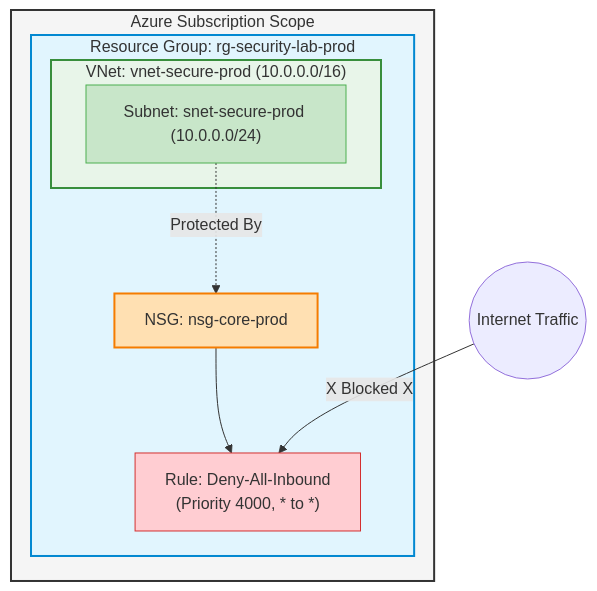
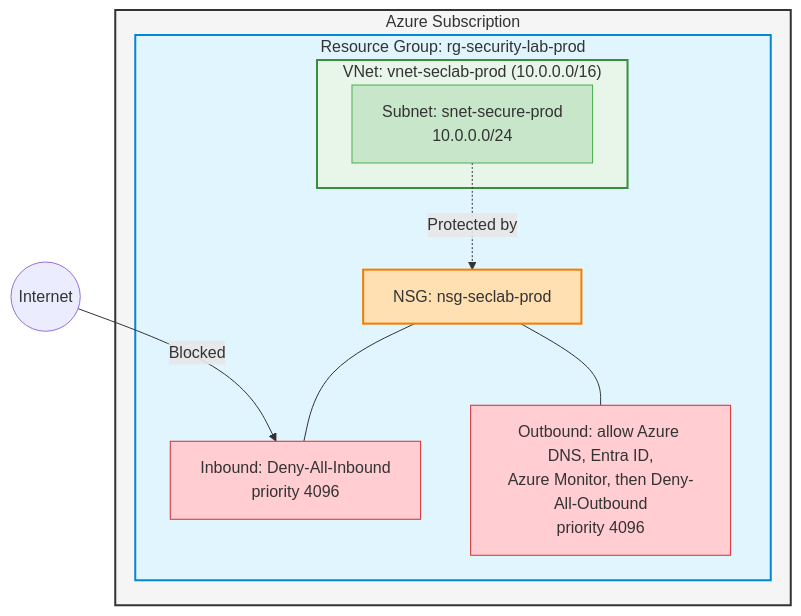
One commit to bcittex/bc-cyseclabs changed the first of 2 diagrams in README.md. Above: the diagram before and after it, drawn with Mermaid. The commit also changed other lines of this file and 6 other files, not shown here.

Commit message:
Refactor to modular RG-scope Bicep, add pipeline and diagrams

````diff
--- a/README.md
+++ b/README.md
@@ -8,36 +11,28 @@
 ```mermaid
-graph TD
-    %% Subscription Level
-    subgraph Subscription ["Azure Subscription Scope"]
-        RG["Resource Group: rg-security-lab-prod"]
-        
-        %% Resource Group Level
-        subgraph RG ["Resource Group: rg-security-lab-prod"]
-            
-            %% Network Security Group
-            NSG["NSG: nsg-core-prod"]
-            Rule1["Rule: Deny-All-Inbound <br> (Priority 4000, * to *)"]
-            NSG --> Rule1
-            
-            %% Virtual Network
-            subgraph VNet ["VNet: vnet-secure-prod (10.0.0.0/16)"]
-                Subnet["Subnet: snet-secure-prod (10.0.0.0/24)"]
+flowchart TD
+    Internet(("Internet"))
+
+    subgraph SUB["Azure Subscription"]
+        subgraph RG["Resource Group: rg-security-lab-prod"]
+            subgraph VNET["VNet: vnet-seclab-prod (10.0.0.0/16)"]
+                SNET["Subnet: snet-secure-prod<br/>10.0.0.0/24"]
             end
-            
-            %% Association Link
-            Subnet -.->|Protected By| NSG
+            NSG["NSG: nsg-seclab-prod"]
+            INB["Inbound: Deny-All-Inbound<br/>priority 4096"]
+            OUTB["Outbound: allow Azure DNS, Entra ID,<br/>Azure Monitor, then Deny-All-Outbound<br/>priority 4096"]
         end
     end
 
-    %% Traffic Flow Visual
-    Internet((Internet Traffic))
-    Internet -->|X Blocked X| Rule1
-    
-    %% Styling
-    style Subscription fill:#f5f5f5,stroke:#333,stroke-width:2px;
-    style RG fill:#e1f5fe,stroke:#0288d1,stroke-width:2px;
-    style VNet fill:#e8f5e9,stroke:#388e3c,stroke-width:2px;
-    style Subnet fill:#c8e6c9,stroke:#4caf50,stroke-width:1px;
-    style NSG fill:#ffe0b2,stroke:#f57c00,stroke-width:2px;
-    style Rule1 fill:#ffcdd2,stroke:#d32f2f,stroke-width:1px;
+    Internet -->|Blocked| INB
+    NSG --- INB
+    NSG --- OUTB
+    SNET -.->|Protected by| NSG
+
+    style SUB fill:#f5f5f5,stroke:#333,stroke-width:2px
+    style RG fill:#e1f5fe,stroke:#0288d1,stroke-width:2px
+    style VNET fill:#e8f5e9,stroke:#388e3c,stroke-width:2px
+    style SNET fill:#c8e6c9,stroke:#4caf50,stroke-width:1px
+    style NSG fill:#ffe0b2,stroke:#f57c00,stroke-width:2px
+    style INB fill:#ffcdd2,stroke:#d32f2f,stroke-width:1px
+    style OUTB fill:#ffcdd2,stroke:#d32f2f,stroke-width:1px
 ```
````
